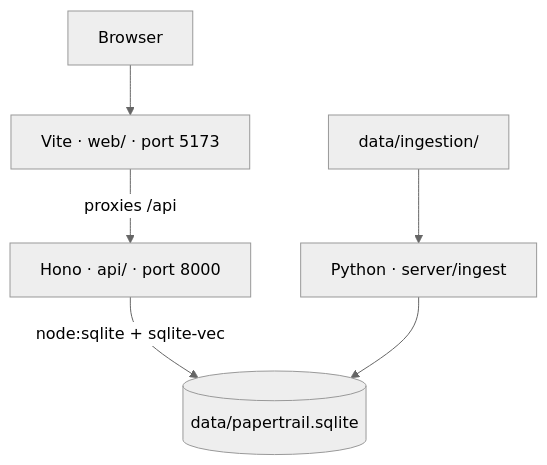
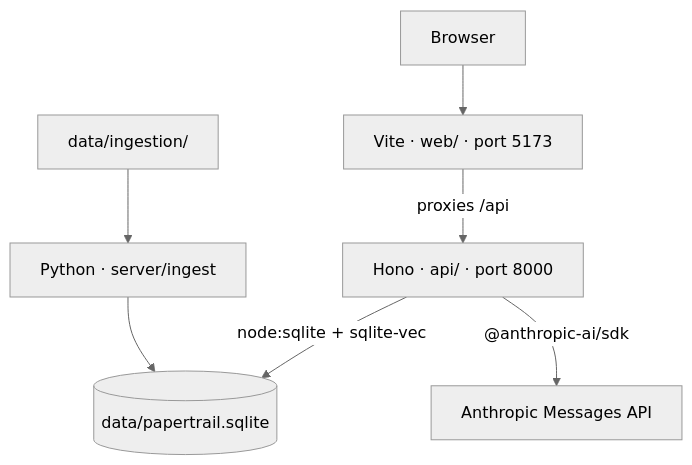
One commit to ianlhenry/footnote changed the diagram in docs/architecture.md. Above: the diagram before and after it, drawn with Mermaid (neutral theme). The commit also changed other lines of this file and 8 other files, not shown here.

````diff
--- a/docs/architecture.md
+++ b/docs/architecture.md
@@ -5,15 +5,17 @@
 ```mermaid
 flowchart TD
   browser[Browser]
   vite["Vite · web/ · port 5173"]
   hono["Hono · api/ · port 8000"]
   db[("data/papertrail.sqlite")]
   files["data/ingestion/"]
   ingest["Python · server/ingest"]
+  claude[Anthropic Messages API]
 
   browser --> vite
   vite -->|"proxies /api"| hono
   hono -->|"node:sqlite + sqlite-vec"| db
+  hono -->|"@anthropic-ai/sdk"| claude
   files --> ingest
   ingest --> db
 ```
````
